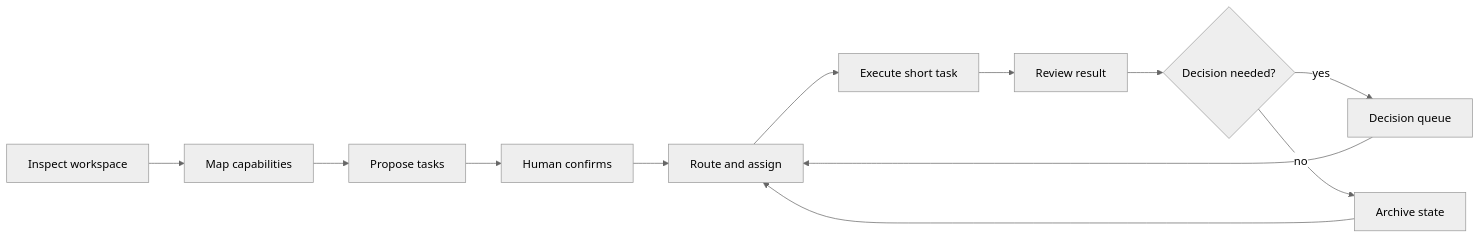
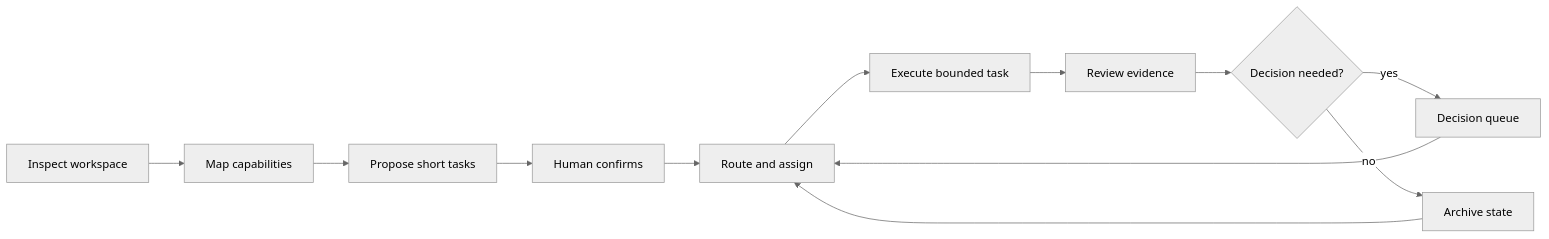
Before and after one commit to Dengk3Li/personal-ai-os-core: the diagram in README.md, drawn with Mermaid (neutral theme). The commit also changed other lines of this file and 5 other files, not shown here.

````diff
--- a/README.md
+++ b/README.md
@@ -204,14 +20,14 @@
 ```mermaid
 flowchart LR
     I[Inspect workspace] --> M[Map capabilities]
-    M --> P[Propose tasks]
+    M --> P[Propose short tasks]
     P --> H[Human confirms]
     H --> R[Route and assign]
-    R --> E[Execute short task]
-    E --> V[Review result]
+    R --> E[Execute bounded task]
+    E --> V[Review evidence]
     V --> D{Decision needed?}
     D -->|yes| G[Decision queue]
     G --> R
     D -->|no| A[Archive state]
     A --> R
 ```
````
